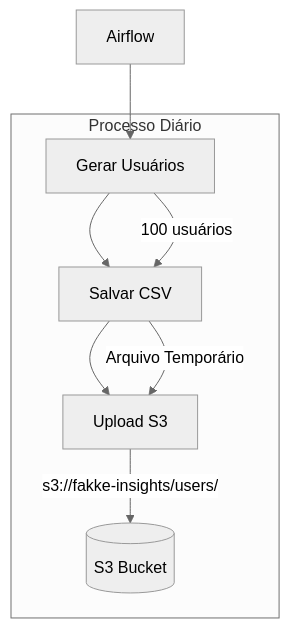
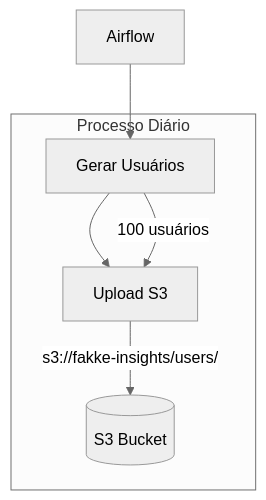
The diagram in README.md (Pacodeoliv/fakke-insights), drawn with Mermaid (neutral theme) before and after one commit. The commit also changed other lines of this file and 1 other file, not shown here.

Commit message:
feat: separa DAG em duas tasks distintas

````diff
--- a/README.md
+++ b/README.md
@@ -11,12 +11,10 @@
 ```mermaid
 graph TD
     A[Airflow] --> B[Gerar Usuários]
-    B --> C[Salvar CSV]
-    C --> D[Upload S3]
+    B --> C[Upload S3]
     
     subgraph "Processo Diário"
         B -->|100 usuários| C
-        C -->|Arquivo Temporário| D
-        D -->|s3://fakke-insights/users/| E[(S3 Bucket)]
+        C -->|s3://fakke-insights/users/| D[(S3 Bucket)]
     end
 ```
````
